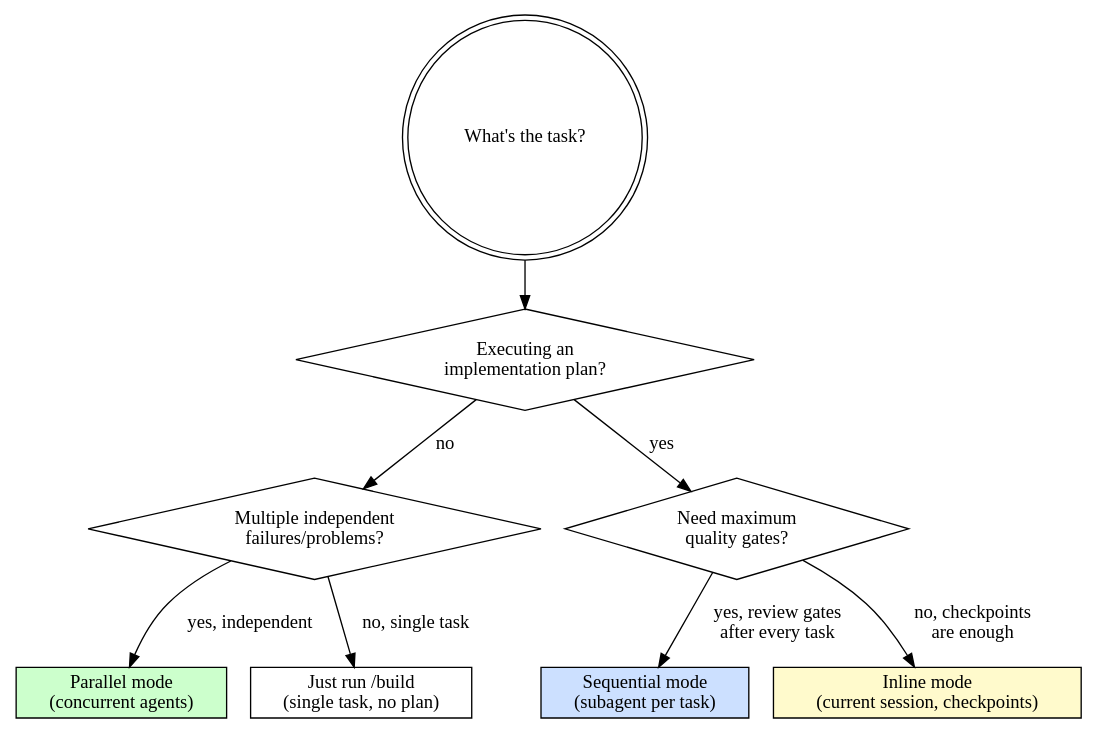
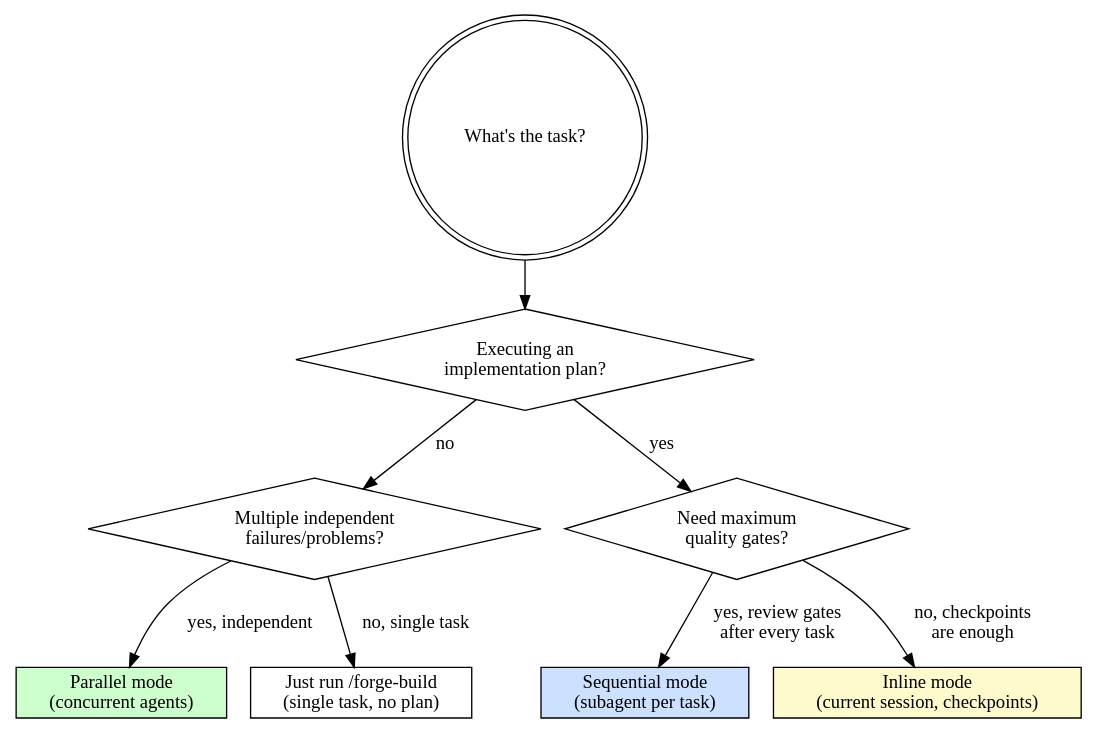
One commit to zmzhace/fullstack-skills changed the first of 4 diagrams in skills/delegate/SKILL.md. Above: the diagram before and after it, drawn with Graphviz. The commit also changed other lines of this file and 28 other files, not shown here.

````diff
--- a/skills/delegate/SKILL.md
+++ b/skills/delegate/SKILL.md
@@ -51,20 +51,20 @@
 ```dot
 digraph mode_select {
     start   [label="What's the task?", shape=doublecircle];
     plan    [label="Executing an\nimplementation plan?", shape=diamond];
     indep   [label="Multiple independent\nfailures/problems?", shape=diamond];
     qual    [label="Need maximum\nquality gates?", shape=diamond];
     seq     [label="Sequential mode\n(subagent per task)", shape=box, style=filled, fillcolor="#cce0ff"];
     inline  [label="Inline mode\n(current session, checkpoints)", shape=box, style=filled, fillcolor="#fffacc"];
     par     [label="Parallel mode\n(concurrent agents)", shape=box, style=filled, fillcolor="#ccffcc"];
-    build   [label="Just run /build\n(single task, no plan)", shape=box];
+    build   [label="Just run /forge-build\n(single task, no plan)", shape=box];
 
     start -> plan;
     plan -> qual [label="yes"];
     qual -> seq [label="yes, review gates\nafter every task"];
     qual -> inline [label="no, checkpoints\nare enough"];
     plan -> indep [label="no"];
     indep -> par [label="yes, independent"];
     indep -> build [label="no, single task"];
 }
 ```
````
